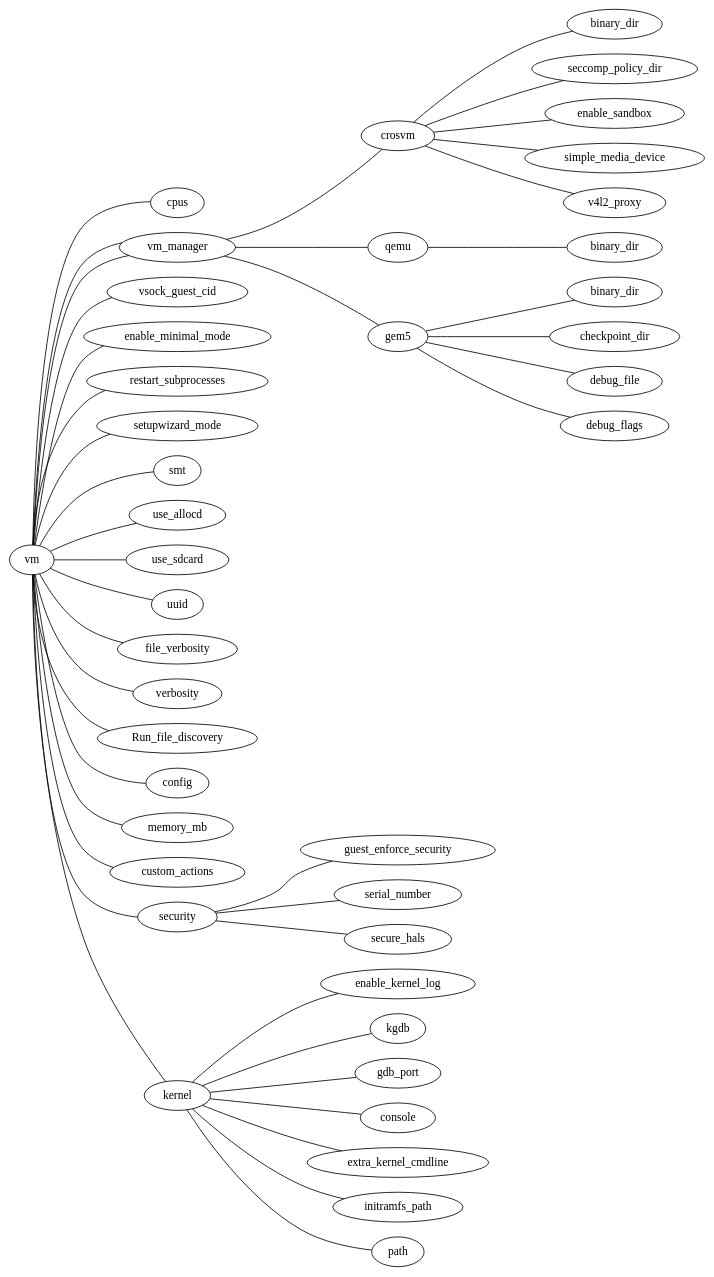
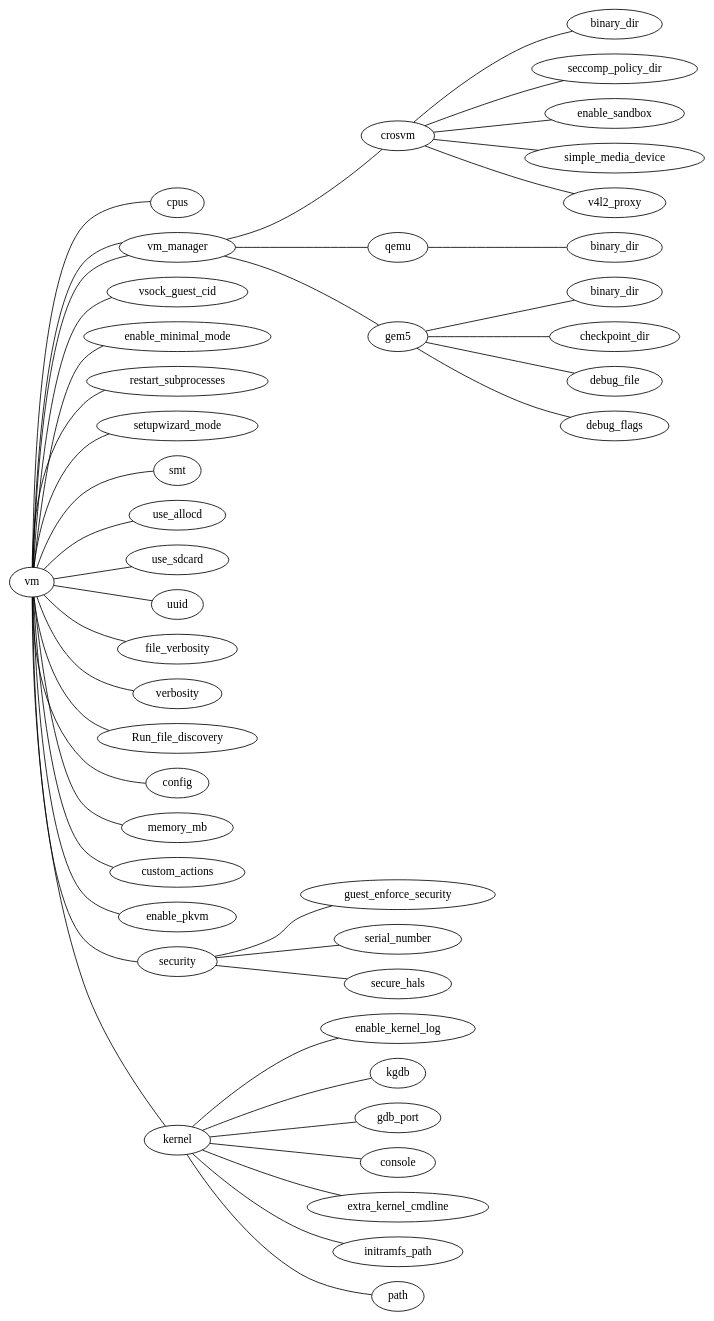
The diagram in base/cvd/cuttlefish/host/commands/cvd/cli/parser/doc/vm.dot (DesktopECHO/ika), drawn with Graphviz before and after one commit. The commit also changed 1592 other files, not shown here.

```diff
--- a/base/cvd/cuttlefish/host/commands/cvd/cli/parser/doc/vm.dot
+++ b/base/cvd/cuttlefish/host/commands/cvd/cli/parser/doc/vm.dot
@@ -1,49 +1,50 @@
 graph {
   rankdir=LR
     vm--cpus
     vm--vm_manager
     vm--vsock_guest_cid
     vm--enable_minimal_mode
     vm--restart_subprocesses
     vm--setupwizard_mode
     vm--smt
     vm--use_allocd
     vm--use_sdcard
     vm--uuid
     vm--file_verbosity
     vm--verbosity
     vm--Run_file_discovery
     vm--config
     vm--memory_mb
     vm--custom_actions
+    vm--enable_pkvm
     vm--vm_manager
         crosvm_binary_dir [label = "binary_dir"]
         qemu_binary_dir [label = "binary_dir"]
         gem5_binary_dir [label = "binary_dir"]
 
         vm_manager--crosvm
             crosvm--crosvm_binary_dir
             crosvm--seccomp_policy_dir
             crosvm--enable_sandbox
             crosvm--simple_media_device
             crosvm--v4l2_proxy
         vm_manager--qemu
             qemu--qemu_binary_dir
         vm_manager--gem5
             gem5--gem5_binary_dir
             gem5--checkpoint_dir
             gem5--debug_file
             gem5--debug_flags
     vm--security
         security--guest_enforce_security
         security--serial_number
         security--secure_hals
     vm--kernel
         kernel--enable_kernel_log
         kernel--kgdb
         kernel--gdb_port
         kernel--console
         kernel--extra_kernel_cmdline
         kernel--initramfs_path
         kernel--path
 }
```
